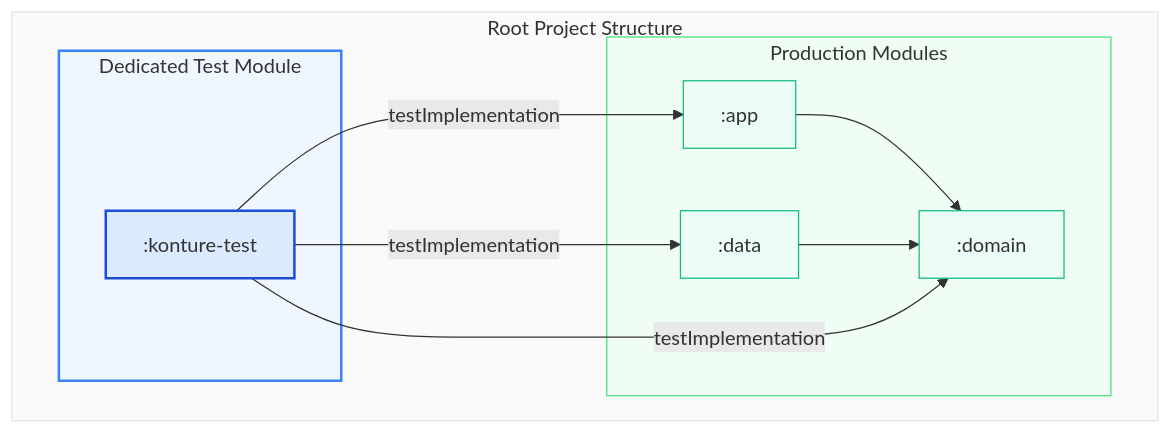
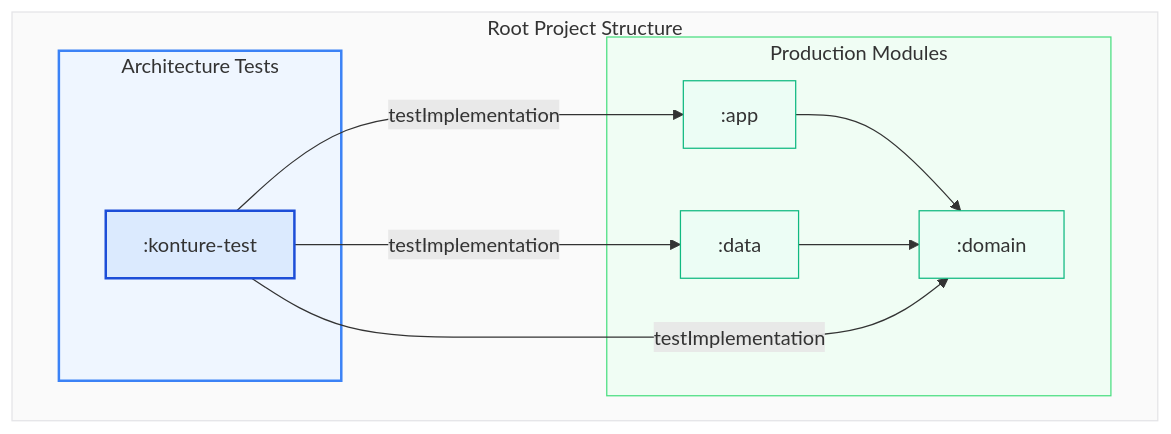
Before and after one commit to baole/konture: the first of 2 diagrams in docs/articles/kotlin-architecture-tests-with-konture.md, drawn with Mermaid. The commit also changed other lines of this file and 2 other files, not shown here.

````diff
--- a/docs/articles/kotlin-architecture-tests-with-konture.md
+++ b/docs/articles/kotlin-architecture-tests-with-konture.md
@@ -23,26 +21,26 @@
 ```mermaid
 flowchart TD
     subgraph Root ["Root Project Structure"]
         direction LR
         subgraph Prod ["Production Modules"]
             App[":app"] --> Domain[":domain"]
             Data[":data"] --> Domain
         end
 
-        subgraph Test ["Dedicated Test Module"]
+        subgraph Test ["Architecture Tests"]
             KT[":konture-test"]
         end
     end
 
     KT -->|testImplementation| App
     KT -->|testImplementation| Data
     KT -->|testImplementation| Domain
 
     style Root fill:#fafafa,stroke:#e4e4e7,stroke-width:1px
     style Prod fill:#f0fdf4,stroke:#4ade80,stroke-width:1px
     style Test fill:#eff6ff,stroke:#3b82f6,stroke-width:2px
     style App fill:#ecfdf5,stroke:#10b981,stroke-width:1px
     style Domain fill:#ecfdf5,stroke:#10b981,stroke-width:1px
     style Data fill:#ecfdf5,stroke:#10b981,stroke-width:1px
     style KT fill:#dbeafe,stroke:#1d4ed8,stroke-width:2px
 ```
````
